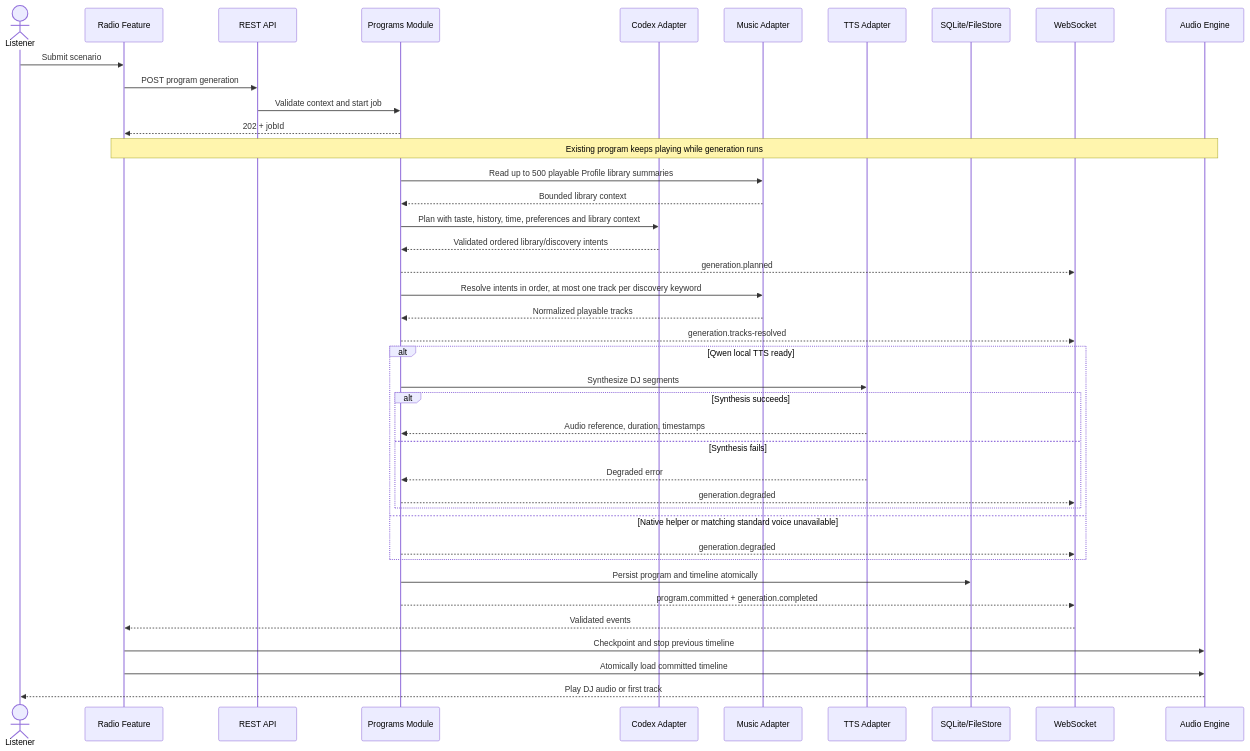
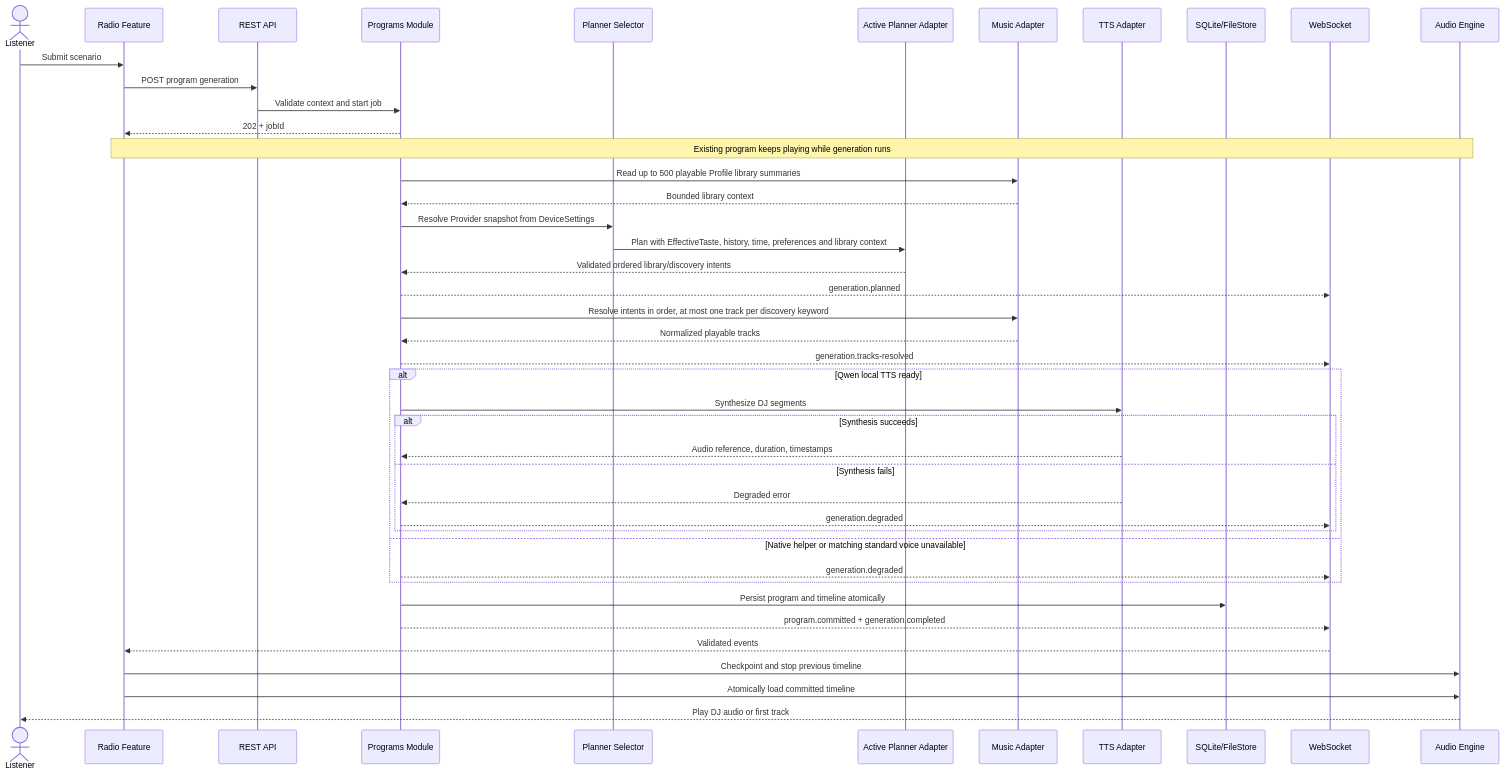
The third of 8 diagrams in architecture.md (komochi007/koradio), drawn with Mermaid before and after one commit. The commit also changed other lines of this file and 56 other files, not shown here.

````diff
--- a/architecture.md
+++ b/architecture.md
@@ -128,43 +132,45 @@
 ```mermaid
 sequenceDiagram
     actor U as Listener
     participant W as Radio Feature
     participant A as REST API
     participant P as Programs Module
-    participant C as Codex Adapter
+    participant S as Planner Selector
+    participant C as Active Planner Adapter
     participant M as Music Adapter
     participant T as TTS Adapter
     participant D as SQLite/FileStore
     participant E as WebSocket
     participant X as Audio Engine
     U->>W: Submit scenario
     W->>A: POST program generation
     A->>P: Validate context and start job
     P-->>W: 202 + jobId
     Note over W,X: Existing program keeps playing while generation runs
     P->>M: Read up to 500 playable Profile library summaries
     M-->>P: Bounded library context
-    P->>C: Plan with taste, history, time, preferences and library context
+    P->>S: Resolve Provider snapshot from DeviceSettings
+    S->>C: Plan with EffectiveTaste, history, time, preferences and library context
     C-->>P: Validated ordered library/discovery intents
     P-->>E: generation.planned
     P->>M: Resolve intents in order, at most one track per discovery keyword
     M-->>P: Normalized playable tracks
     P-->>E: generation.tracks-resolved
     alt Qwen local TTS ready
         P->>T: Synthesize DJ segments
         alt Synthesis succeeds
             T-->>P: Audio reference, duration, timestamps
         else Synthesis fails
             T-->>P: Degraded error
             P-->>E: generation.degraded
         end
     else Native helper or matching standard voice unavailable
         P-->>E: generation.degraded
     end
     P->>D: Persist program and timeline atomically
     P-->>E: program.committed + generation.completed
     E-->>W: Validated events
     W->>X: Checkpoint and stop previous timeline
     W->>X: Atomically load committed timeline
     X-->>U: Play DJ audio or first track
 ```
````
